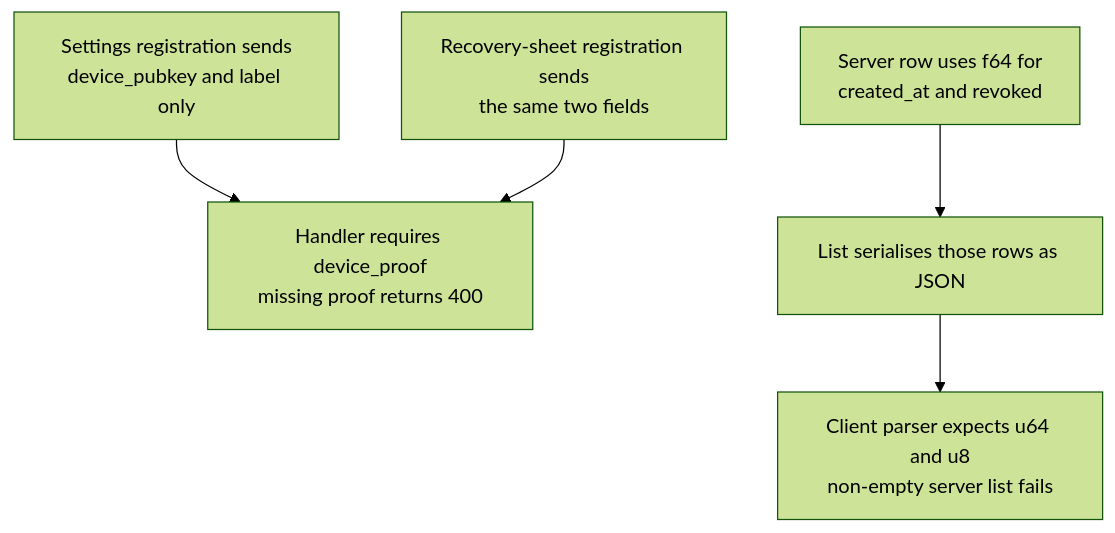
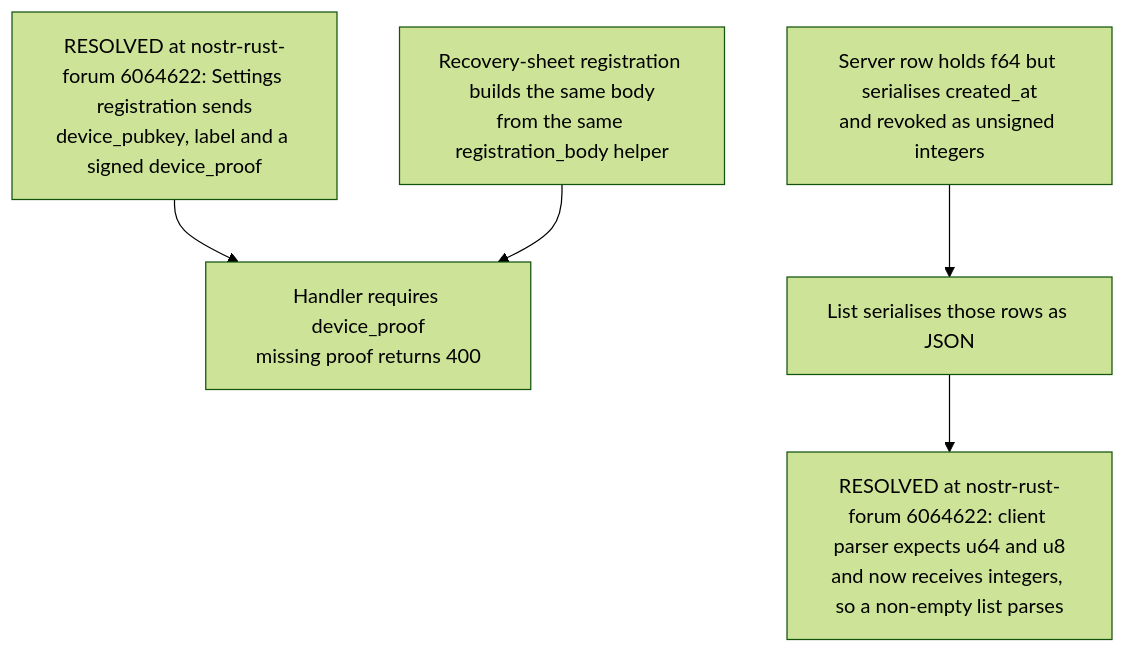
One commit to DreamLab-AI/VisionFlow changed the second of 6 diagrams in docs/diagrams/nostr-rust-forum/20-device-keys-contracts-and-revocation.md. Above: the diagram before and after it, drawn with Mermaid (forest theme). The commit also changed other lines of this file and 59 other files, not shown here.

First line of the commit message:
docs(diagrams): re-derive and re-stamp forum, website, pod, ontomark and sealmap topics

````diff
--- a/docs/diagrams/nostr-rust-forum/20-device-keys-contracts-and-revocation.md
+++ b/docs/diagrams/nostr-rust-forum/20-device-keys-contracts-and-revocation.md
@@ -57,18 +57,18 @@
 ```mermaid
 flowchart TB
     %% Source: ../nostr-rust-forum/crates/nostr-bbs-forum-client/src/utils/devices.rs:144
-    A["Settings registration sends<br/>device_pubkey and label only"]
-    %% Source: ../nostr-rust-forum/crates/nostr-bbs-forum-client/src/utils/devices.rs:186
-    B["Recovery-sheet registration sends<br/>the same two fields"]
-    %% Source: ../nostr-rust-forum/crates/nostr-bbs-auth-worker/src/devices.rs:385
+    A["RESOLVED at nostr-rust-forum 6064622: Settings registration sends<br/>device_pubkey, label and a signed device_proof"]
+    %% Source: ../nostr-rust-forum/crates/nostr-bbs-forum-client/src/utils/devices.rs:191
+    B["Recovery-sheet registration builds the same body<br/>from the same registration_body helper"]
+    %% Source: ../nostr-rust-forum/crates/nostr-bbs-auth-worker/src/devices.rs:400
     C["Handler requires device_proof<br/>missing proof returns 400"]
-    %% Source: ../nostr-rust-forum/crates/nostr-bbs-auth-worker/src/devices.rs:326
-    D["Server row uses f64 for<br/>created_at and revoked"]
-    %% Source: ../nostr-rust-forum/crates/nostr-bbs-auth-worker/src/devices.rs:470
+    %% Source: ../nostr-rust-forum/crates/nostr-bbs-auth-worker/src/devices.rs:325
+    D["Server row holds f64 but serialises created_at<br/>and revoked as unsigned integers"]
+    %% Source: ../nostr-rust-forum/crates/nostr-bbs-auth-worker/src/devices.rs:485
     E["List serialises those rows as JSON"]
-    %% Source: ../nostr-rust-forum/crates/nostr-bbs-forum-client/src/utils/devices.rs:264
-    F["Client parser expects u64 and u8<br/>non-empty server list fails"]
+    %% Source: ../nostr-rust-forum/crates/nostr-bbs-forum-client/src/utils/devices.rs:46
+    F["RESOLVED at nostr-rust-forum 6064622: client parser expects u64 and u8<br/>and now receives integers, so a non-empty list parses"]
     A --> C
     B --> C
     D --> E --> F
 ```
````
